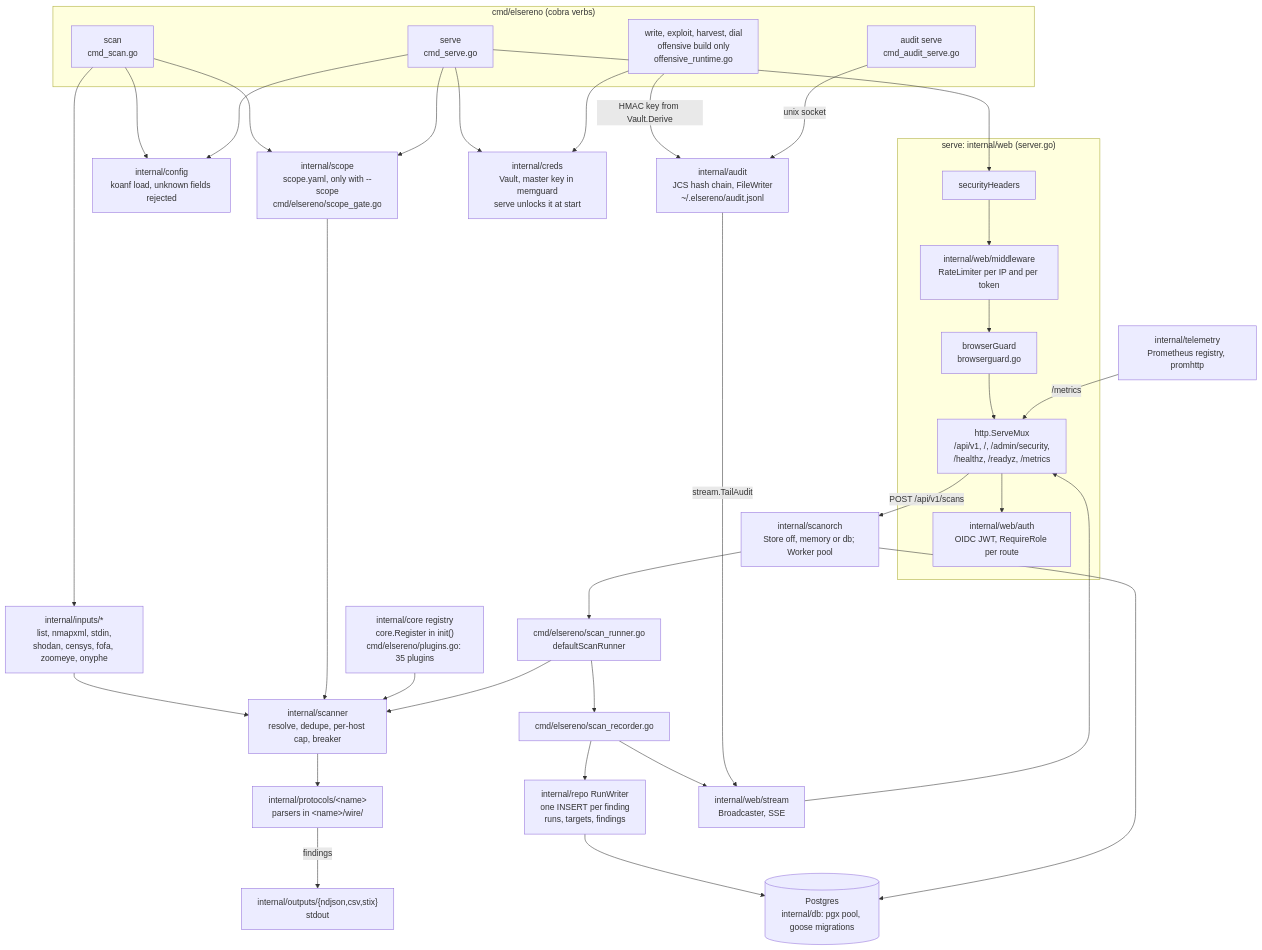
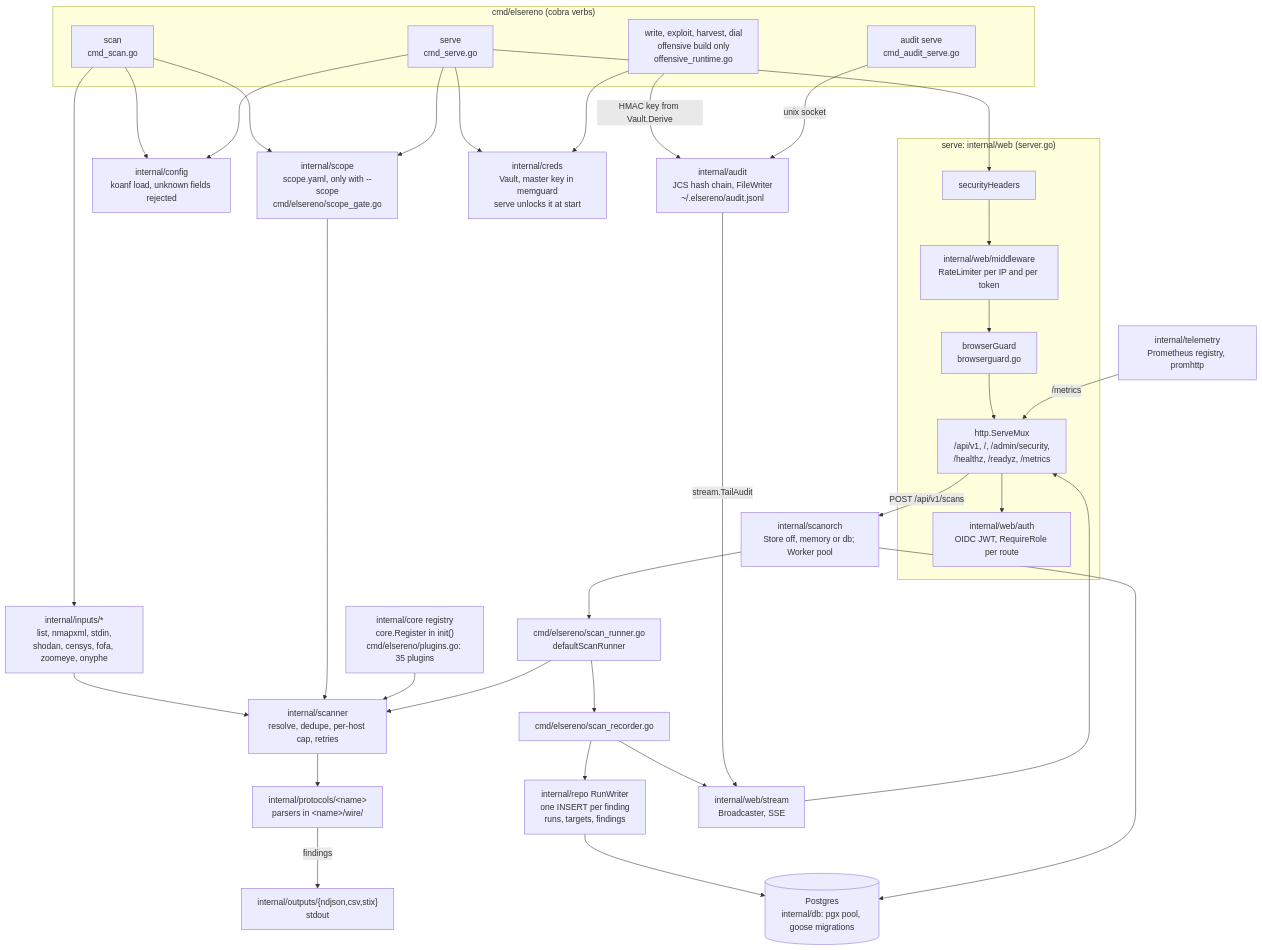
Before and after one commit to RobinR00T/elSereno: the diagram in docs/ARCHITECTURE.md, drawn with Mermaid. The commit also changed other lines of this file and 9 other files, not shown here.

````diff
--- a/docs/ARCHITECTURE.md
+++ b/docs/ARCHITECTURE.md
@@ -21,65 +21,65 @@
 ```mermaid
 flowchart TD
     subgraph CLI["cmd/elsereno (cobra verbs)"]
         SCAN["scan<br/>cmd_scan.go"]
         SERVE["serve<br/>cmd_serve.go"]
         WRITE["write, exploit, harvest, dial<br/>offensive build only<br/>offensive_runtime.go"]
         AUDITSRV["audit serve<br/>cmd_audit_serve.go"]
     end
 
     CFG["internal/config<br/>koanf load, unknown fields rejected"]
     SCOPE["internal/scope<br/>scope.yaml, only with --scope<br/>cmd/elsereno/scope_gate.go"]
     IN["internal/inputs/*<br/>list, nmapxml, stdin,<br/>shodan, censys, fofa, zoomeye, onyphe"]
     REG["internal/core registry<br/>core.Register in init()<br/>cmd/elsereno/plugins.go: 35 plugins"]
-    SCN["internal/scanner<br/>resolve, dedupe, per-host cap, breaker"]
+    SCN["internal/scanner<br/>resolve, dedupe, per-host cap, retries"]
     PROTO["internal/protocols/&lt;name&gt;<br/>parsers in &lt;name&gt;/wire/"]
     OUT["internal/outputs/{ndjson,csv,stix}<br/>stdout"]
 
     SCAN --> CFG
     SCAN --> SCOPE
     SCAN --> IN
     IN --> SCN
     SCOPE --> SCN
     REG --> SCN
     SCN --> PROTO
     PROTO -->|findings| OUT
 
     subgraph WEB["serve: internal/web (server.go)"]
         SH["securityHeaders"]
         RL["internal/web/middleware<br/>RateLimiter per IP and per token"]
         BG["browserGuard<br/>browserguard.go"]
         MUX["http.ServeMux<br/>/api/v1, /, /admin/security,<br/>/healthz, /readyz, /metrics"]
         OIDC["internal/web/auth<br/>OIDC JWT, RequireRole per route"]
         SH --> RL --> BG --> MUX
         MUX --> OIDC
     end
 
     VAULT["internal/creds<br/>Vault, master key in memguard<br/>serve unlocks it at start"]
     ORCH["internal/scanorch<br/>Store off, memory or db; Worker pool"]
     RUN["cmd/elsereno/scan_runner.go<br/>defaultScanRunner"]
     REC["cmd/elsereno/scan_recorder.go"]
     REPO["internal/repo RunWriter<br/>one INSERT per finding<br/>runs, targets, findings"]
     PG[("Postgres<br/>internal/db: pgx pool, goose migrations")]
     SSE["internal/web/stream<br/>Broadcaster, SSE"]
     TEL["internal/telemetry<br/>Prometheus registry, promhttp"]
 
     SERVE --> CFG
     SERVE --> VAULT
     SERVE --> SCOPE
     SERVE --> SH
     MUX -->|POST /api/v1/scans| ORCH
     ORCH --> RUN
     RUN --> SCN
     RUN --> REC
     REC --> REPO --> PG
     REC --> SSE
     ORCH --> PG
     TEL -->|/metrics| MUX
     SSE --> MUX
 
     AUDIT["internal/audit<br/>JCS hash chain, FileWriter<br/>~/.elsereno/audit.jsonl"]
     WRITE -->|HMAC key from Vault.Derive| AUDIT
     WRITE --> VAULT
     AUDITSRV -->|unix socket| AUDIT
     AUDIT -->|stream.TailAudit| SSE
 ```
````
